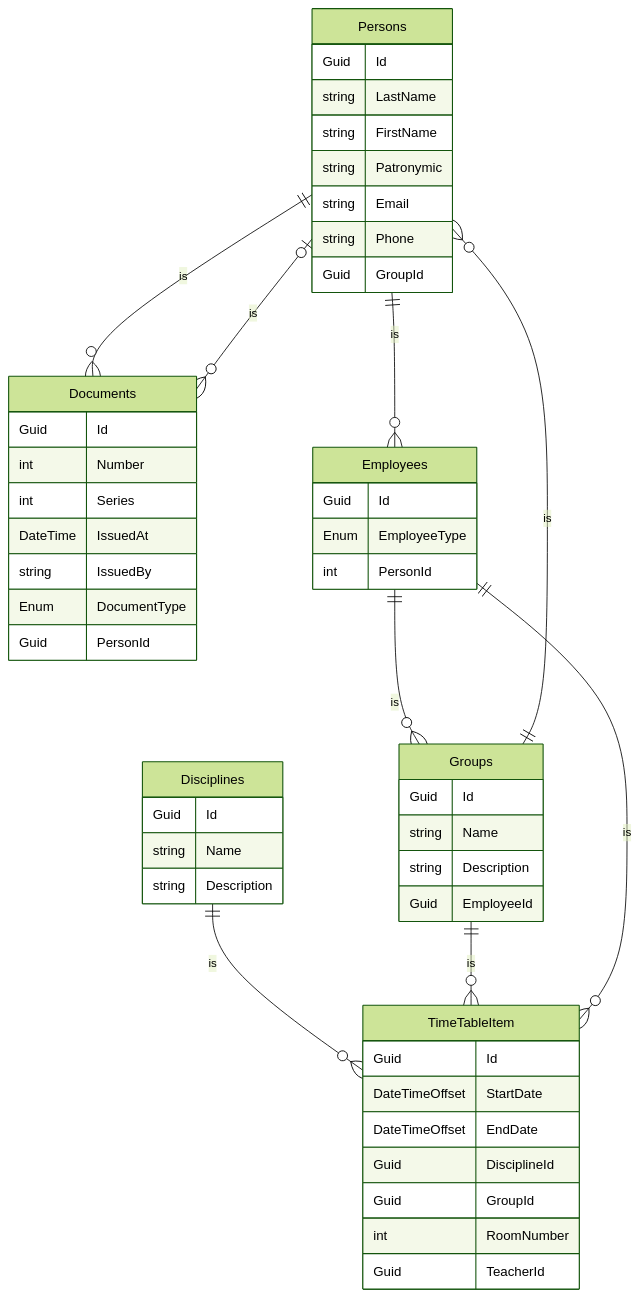
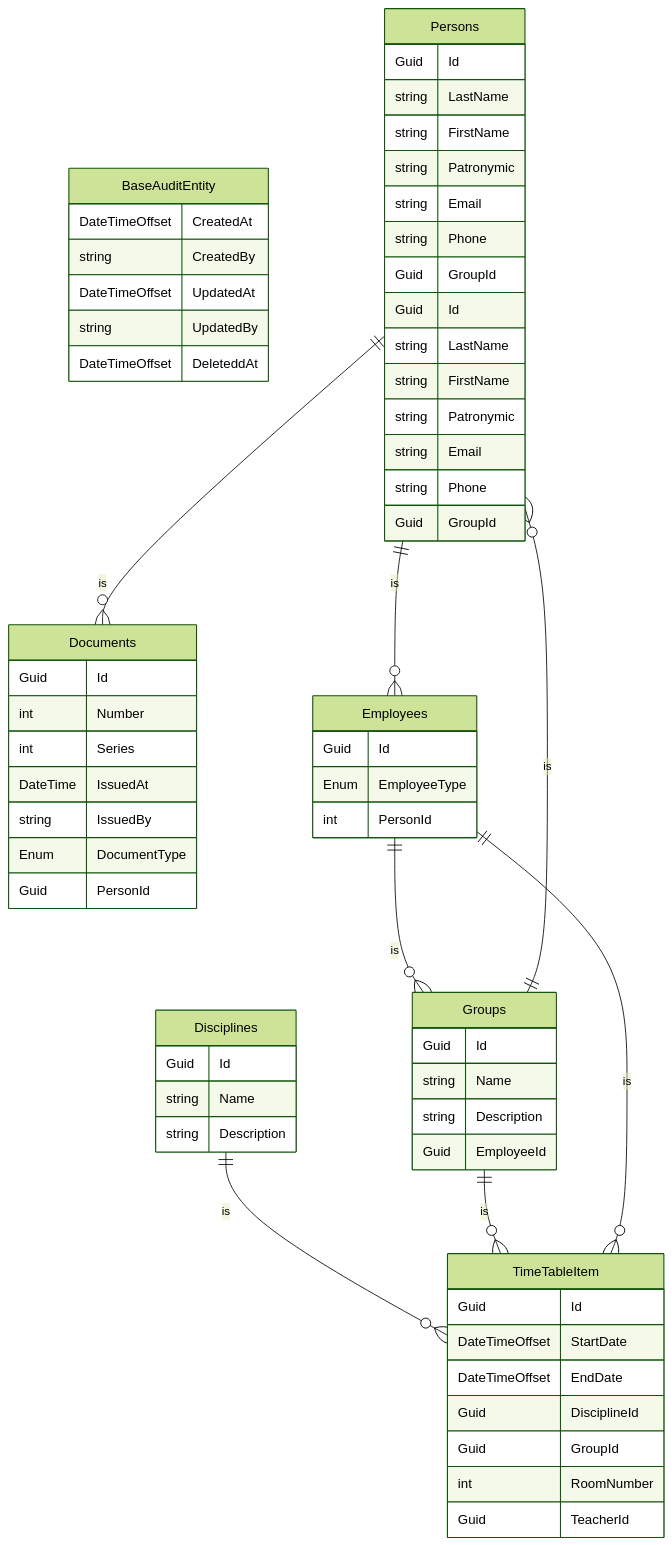
Before and after one commit to SlavaNik16/Accessories_PC_Nik_Api: the diagram in README.md, drawn with Mermaid (forest theme).

````diff
--- a/README.md
+++ b/README.md
@@ -5,60 +5,77 @@
 ```mermaid
 erDiagram
+
+  BaseAuditEntity{
+        DateTimeOffset CreatedAt
+        string CreatedBy
+        DateTimeOffset UpdatedAt
+        string UpdatedBy
+        DateTimeOffset DeleteddAt
+  }
+
+  Persons {
+        Guid Id
+        string LastName
+        string FirstName
+        string Patronymic
+        string Email
+        string Phone
+        Guid GroupId
+    }
 
     Persons {
         Guid Id
         string LastName
         string FirstName
         string Patronymic
         string Email
         string Phone
         Guid GroupId
     }
     
     Documents {
         Guid Id
         int Number
         int Series
         DateTime IssuedAt
         string IssuedBy
         Enum DocumentType
         Guid PersonId
     }
     
     Disciplines {
-            Guid Id
-            string Name
-            string Description
+        Guid Id
+        string Name
+        string Description
     }
     
     Employees {
         Guid Id
         Enum EmployeeType
         int PersonId
     }
 
     Groups {
-                Guid Id
-                string Name
-                string Description
-                Guid EmployeeId
+        Guid Id
+        string Name
+        string Description
+        Guid EmployeeId
     }
 
      TimeTableItem {
-            Guid Id
-            DateTimeOffset StartDate
-            DateTimeOffset EndDate
-            Guid DisciplineId
-            Guid GroupId
-            int RoomNumber
-            Guid TeacherId
+        Guid Id
+        DateTimeOffset StartDate
+        DateTimeOffset EndDate
+        Guid DisciplineId
+        Guid GroupId
+        int RoomNumber
+        Guid TeacherId
     }
     Persons ||--o{ Documents: is
-     Persons |o--o{ Documents: is
     Persons ||--o{ Employees: is
     Groups ||--o{ Persons: is
     Employees ||--o{ Groups: is
     Disciplines ||--o{ TimeTableItem: is
     Groups ||--o{ TimeTableItem: is
     Employees ||--o{ TimeTableItem: is
 ```
````
